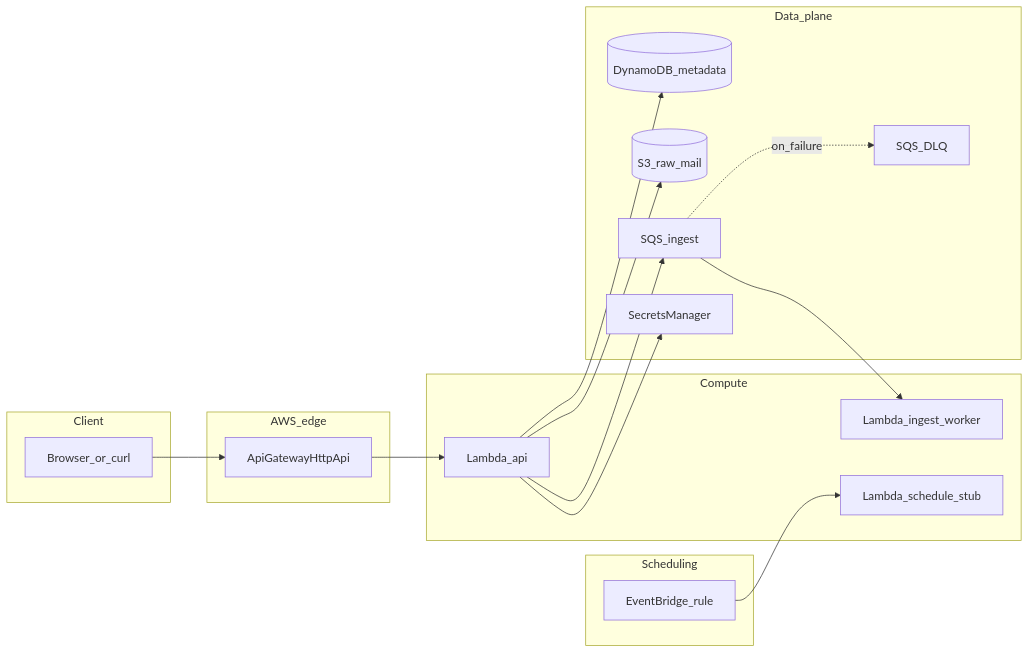
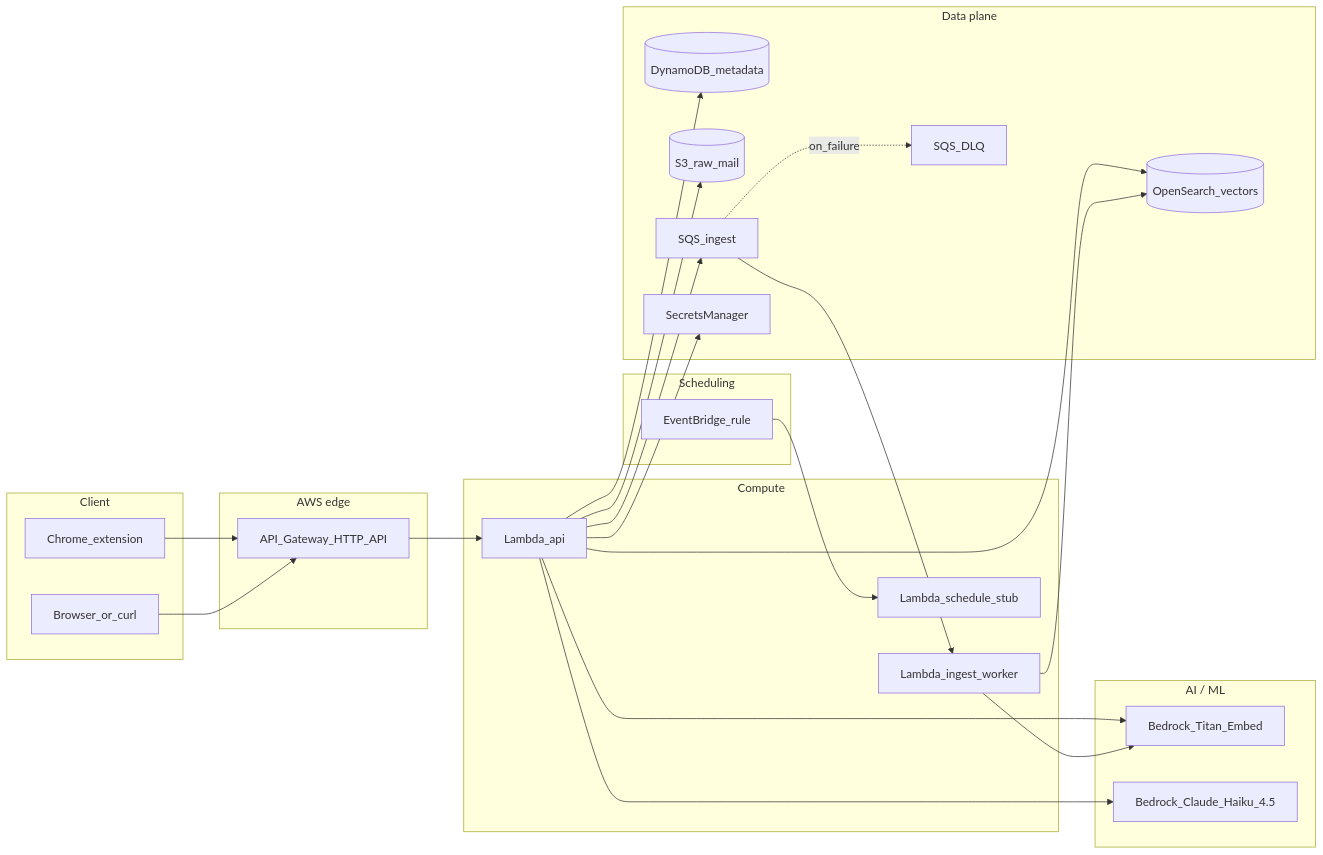
Before and after one commit to 123R3N321/MailManager: the diagram in docs/architecture.md, drawn with Mermaid. The commit also changed other lines of this file, not shown here.

Commit message:
Update architecture doc.

````diff
--- a/docs/architecture.md
+++ b/docs/architecture.md
@@ -7,33 +7,46 @@
 ```mermaid
 flowchart LR
   subgraph client [Client]
+    Chrome[Chrome_extension]
     Browser[Browser_or_curl]
   end
-  subgraph aws_edge [AWS_edge]
-    HttpApi[ApiGatewayHttpApi]
+  subgraph aws_edge [AWS edge]
+    HttpApi[API_Gateway_HTTP_API]
   end
   subgraph compute [Compute]
     ApiLambda[Lambda_api]
     WorkerLambda[Lambda_ingest_worker]
     SchedLambda[Lambda_schedule_stub]
   end
-  subgraph data [Data_plane]
+  subgraph data [Data plane]
     DDB[(DynamoDB_metadata)]
     S3[(S3_raw_mail)]
+    OS[(OpenSearch_vectors)]
     IngestQ[SQS_ingest]
     DLQ[SQS_DLQ]
     SM[SecretsManager]
   end
+  subgraph ai [AI / ML]
+    BR_Embed[Bedrock_Titan_Embed]
+    BR_Claude[Bedrock_Claude_Haiku_4.5]
+  end
   subgraph sched [Scheduling]
     EB[EventBridge_rule]
   end
+
+  Chrome --> HttpApi
   Browser --> HttpApi
   HttpApi --> ApiLambda
   ApiLambda --> DDB
   ApiLambda --> S3
   ApiLambda --> IngestQ
+  ApiLambda --> BR_Embed
+  ApiLambda --> BR_Claude
+  ApiLambda --> OS
   IngestQ --> WorkerLambda
   IngestQ -.->|on_failure| DLQ
+  WorkerLambda --> BR_Embed
+  WorkerLambda --> OS
   ApiLambda --> SM
   EB --> SchedLambda
 ```
````
